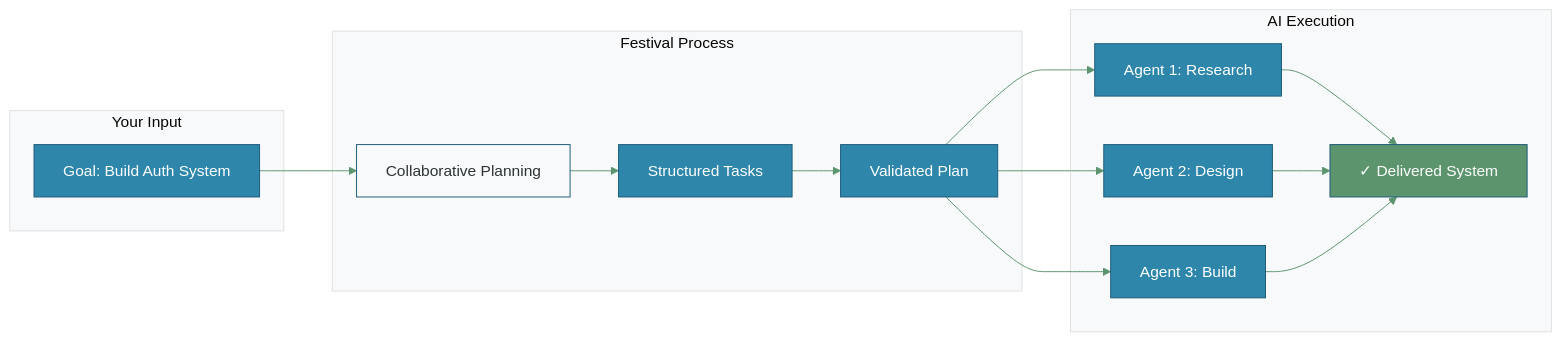
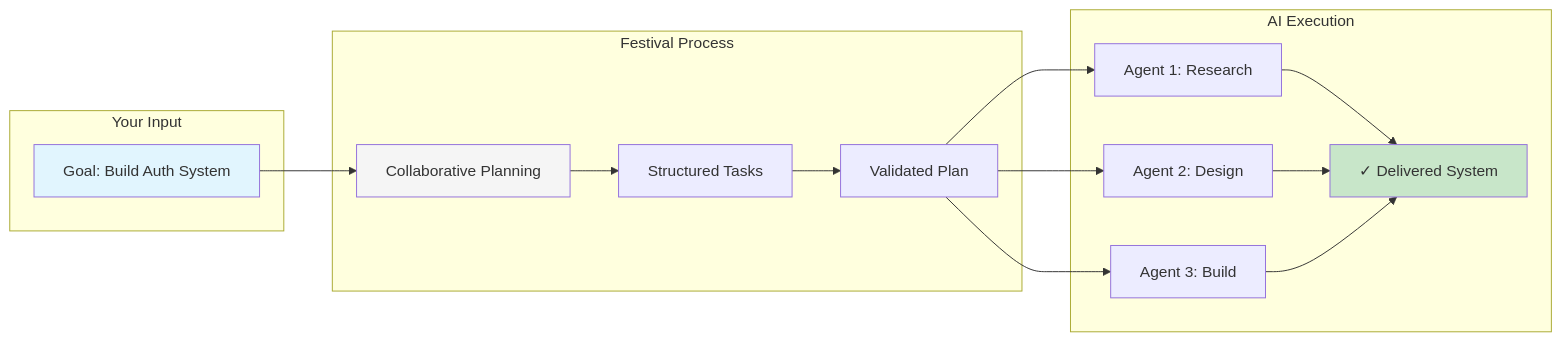
One commit to lancekrogers/festival-methodology changed the first of 4 diagrams in README.md. Above: the diagram before and after it, drawn with Mermaid. The commit also changed other lines of this file, not shown here.

Commit message:
adjust mermaid diagram color scheme

````diff
--- a/README.md
+++ b/README.md
@@ -12,26 +12,25 @@
 ```mermaid
-%%{init: {'theme':'base', 'themeVariables': { 'primaryColor':'#2E86AB', 'primaryTextColor':'#fff', 'primaryBorderColor':'#1e5a7a', 'lineColor':'#5c946e', 'secondaryColor':'#a23b72', 'tertiaryColor':'#f8f9fa', 'background':'#ffffff', 'mainBkg':'#2E86AB', 'secondBkg':'#a23b72', 'tertiaryBkg':'#f8f9fa'}}}%%
 graph LR
     subgraph "Your Input"
         G[Goal: Build Auth System]
     end
 
     subgraph "Festival Process"
         G --> C[Collaborative Planning]
         C --> S[Structured Tasks]
         S --> V[Validated Plan]
     end
 
     subgraph "AI Execution"
         V --> E1[Agent 1: Research]
         V --> E2[Agent 2: Design]
         V --> E3[Agent 3: Build]
         E1 --> D[✓ Delivered System]
         E2 --> D
         E3 --> D
     end
 
-    style G fill:#2E86AB,color:#fff
-    style D fill:#5c946e,color:#fff
-    style C fill:#f8f9fa,color:#2d3436
+    style G fill:#e1f5fe
+    style D fill:#c8e6c9
+    style C fill:#f5f5f5
 ```
````
